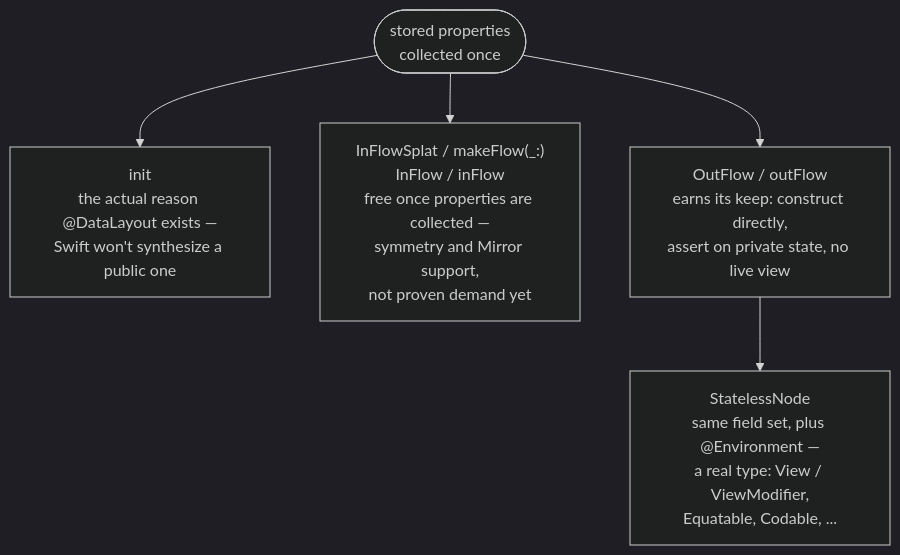
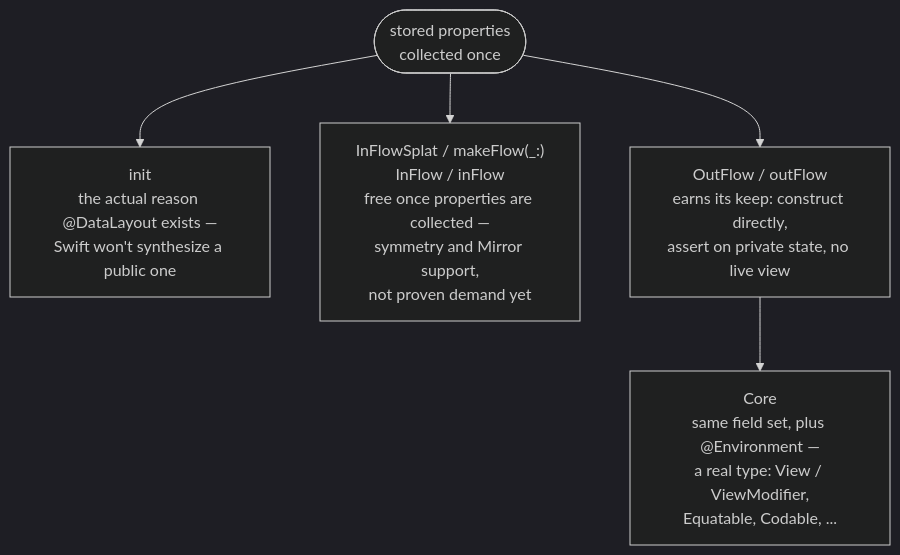
One commit to sisoje/swift-core-flow changed the second of 3 diagrams in README.md. Above: the diagram before and after it, drawn with Mermaid (dark theme). The commit also changed other lines of this file and 14 other files, not shown here.

First line of the commit message:
Rename @StatelessNode to @Shell/Core/core; tighten private-property rules

````diff
--- a/README.md
+++ b/README.md
@@ -459,8 +503,8 @@
 ```mermaid
 flowchart TD
     props(["stored properties<br/>collected once"])
     props --> init["init<br/>the actual reason @DataLayout exists —<br/>Swift won't synthesize a public one"]
     props --> flow["InFlowSplat / makeFlow(_:)<br/>InFlow / inFlow<br/>free once properties are collected —<br/>symmetry and Mirror support,<br/>not proven demand yet"]
     props --> out["OutFlow / outFlow<br/>earns its keep: construct directly,<br/>assert on private state, no live view"]
-    out --> node["StatelessNode<br/>same field set, plus @Environment —<br/>a real type: View / ViewModifier,<br/>Equatable, Codable, ..."]
+    out --> node["Core<br/>same field set, plus @Environment —<br/>a real type: View / ViewModifier,<br/>Equatable, Codable, ..."]
 ```
````
